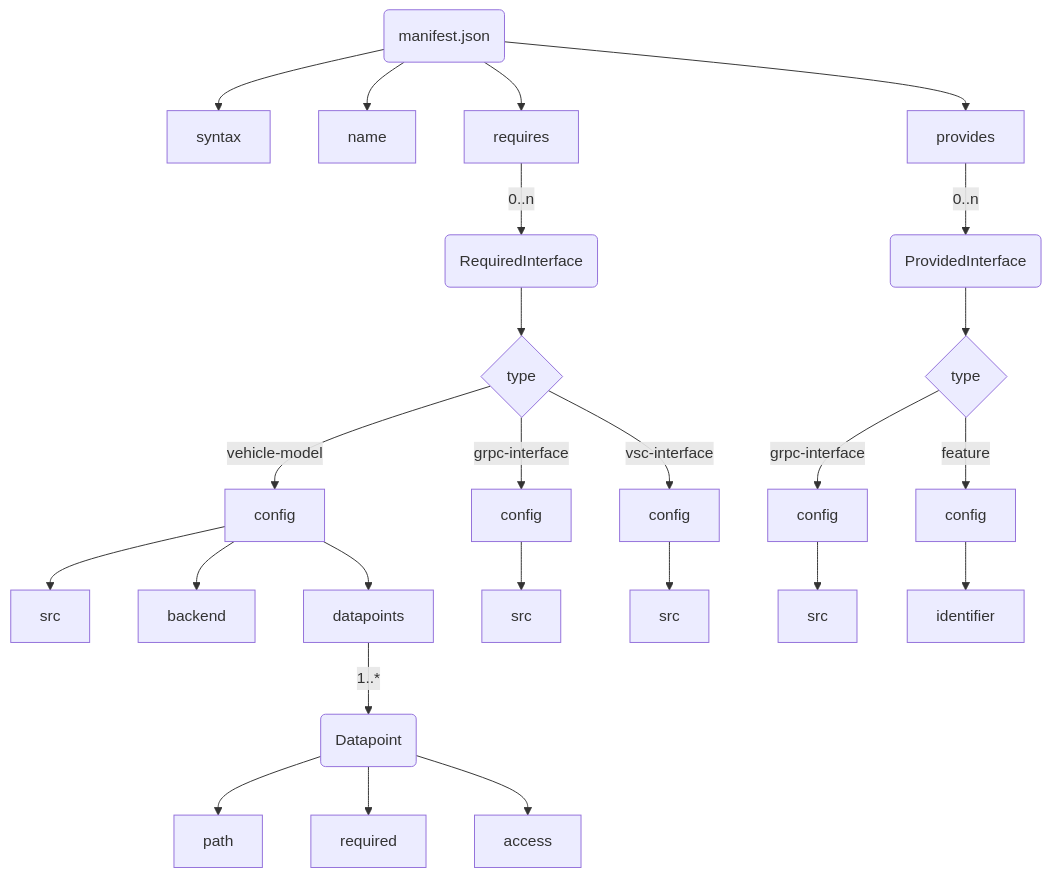
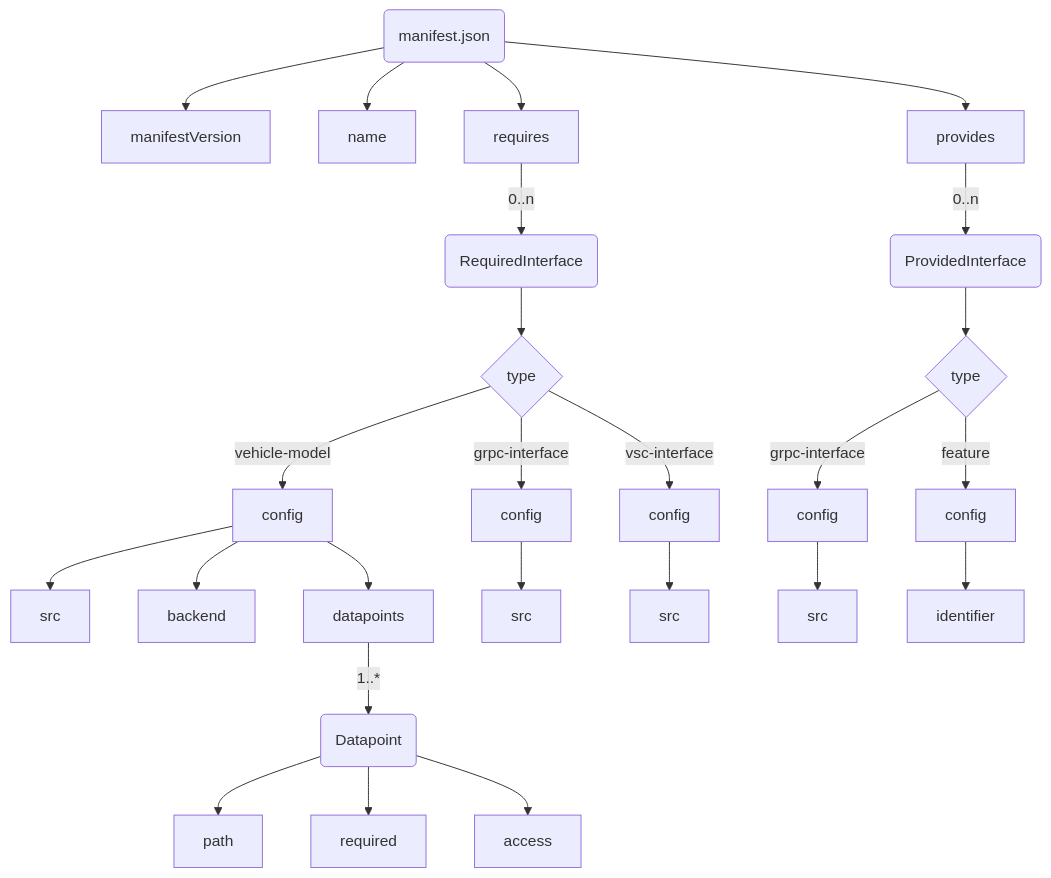
One commit to eclipse-velocitas/velocitas-docs changed the third of 3 diagrams in content/en/docs/concepts/manifest/_index.md. Above: the diagram before and after it, drawn with Mermaid. The commit also changed other lines of this file, not shown here.

Commit message:
Rename syntax to manifestVersion

````diff
--- a/content/en/docs/concepts/manifest/_index.md
+++ b/content/en/docs/concepts/manifest/_index.md
@@ -179,37 +179,37 @@
 ```mermaid
 
 graph TD
     manifest(manifest.json)
-    manifest --> syntax[syntax]
+    manifest --> manifestVersion[manifestVersion]
     manifest --> name[name]
     manifest --> requires[requires]
     manifest --> provides[provides]
 
     dependency(RequiredInterface)
     requires -- "0..n" --> dependency
     dependency --> dep.type{type}
     dep.type -- "vehicle-model" --> vehicleModel[config]
     dep.type -- "grpc-interface" --> grpcinterface[config]
     dep.type -- "vsc-interface" --> vscInterface[config]
 
     vehicleModel --> vm.src[src]
     vehicleModel --> vm.backend[backend]
     vehicleModel --> vm.datapoints[datapoints]
     vm.datapoints -- "1..*" --> vm.datapoints.datapoint(Datapoint)
     vm.datapoints.datapoint --> vm.datapoints.datapoint.path[path]
     vm.datapoints.datapoint --> vm.datapoints.datapoint.required[required]
     vm.datapoints.datapoint --> vm.datapoints.datapoint.access[access]
 
     grpcinterface --> grpcinterface.src[src]
 
     vscInterface --> vscInterface.src[src]
 
     provides -- "0..n" --> provides.item(ProvidedInterface)
     provides.item --> provides.item.type{type}
     provides.item.type -- "grpc-interface" --> provides.item.type.grpc[config]
     provides.item.type.grpc --> provides.item.type.grpc.src[src]
 
     provides.item.type -- "feature" --> provides.item.type.feature[config]
     provides.item.type.feature --> provides.item.type.feature.identifier[identifier]
 
 ```
````
